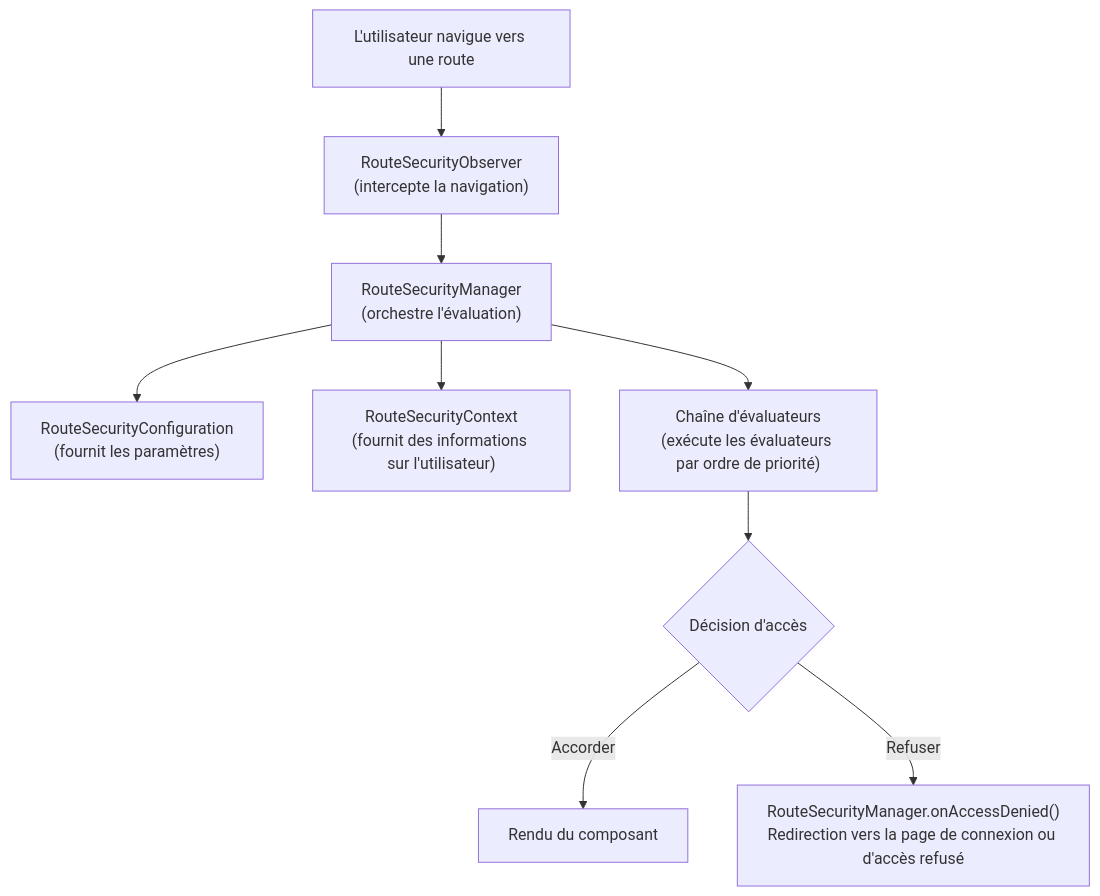
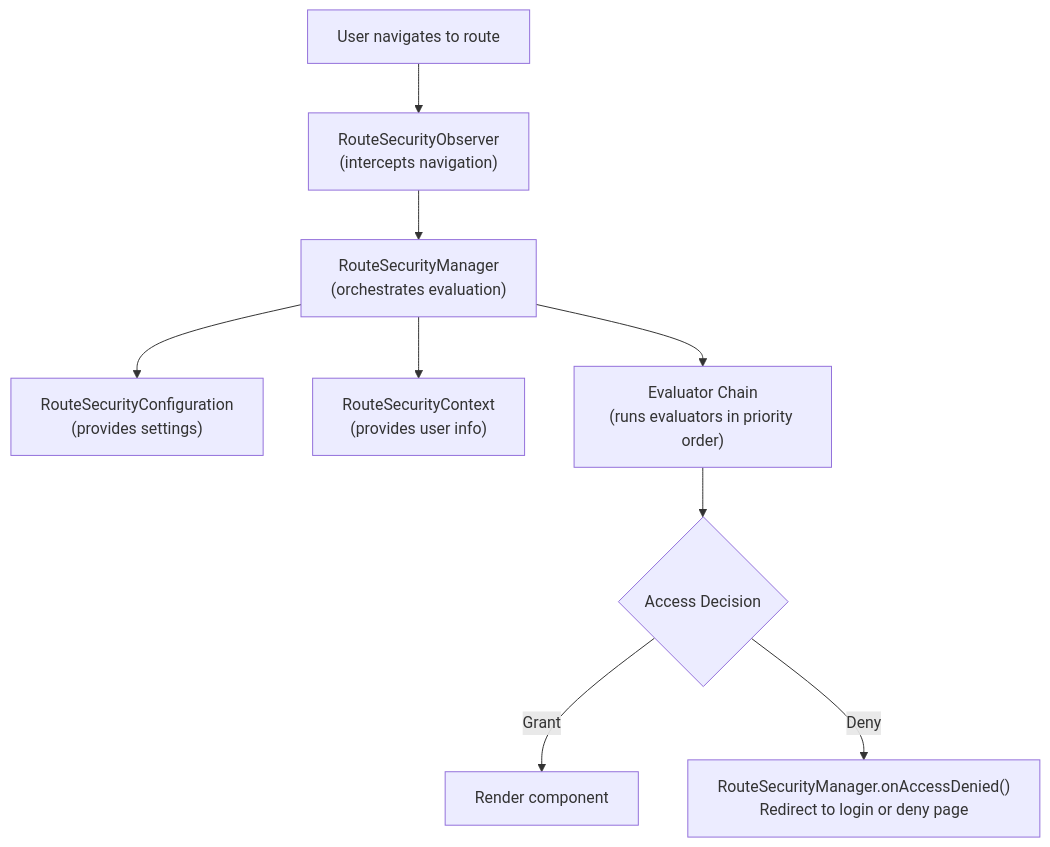
Before and after one commit to webforj/webforj-documentation: the diagram in docs/i18n/fr/docusaurus-plugin-content-docs/current/security/architecture/foundational-architecture.md, drawn with Mermaid. The commit also changed other lines of this file and 389 other files, not shown here.

````diff
--- a/docs/i18n/fr/docusaurus-plugin-content-docs/current/security/architecture/foundational-architecture.md
+++ b/docs/i18n/fr/docusaurus-plugin-content-docs/current/security/architecture/foundational-architecture.md
@@ -113,13 +113,13 @@
 ```mermaid
 flowchart TB
-    User["L'utilisateur navigue vers une route"] --> Observer["RouteSecurityObserver<br/>(intercepte la navigation)"]
-    Observer --> Manager["RouteSecurityManager<br/>(orchestre l'évaluation)"]
+  User["User navigates to route"] --> Observer["RouteSecurityObserver<br/>(intercepts navigation)"]
+  Observer --> Manager["RouteSecurityManager<br/>(orchestrates evaluation)"]
 
-    Manager --> Config["RouteSecurityConfiguration<br/>(fournit les paramètres)"]
-    Manager --> Context["RouteSecurityContext<br/>(fournit des informations sur l'utilisateur)"]
-    Manager --> Chain["Chaîne d'évaluateurs<br/>(exécute les évaluateurs par ordre de priorité)"]
+  Manager --> Config["RouteSecurityConfiguration<br/>(provides settings)"]
+  Manager --> Context["RouteSecurityContext<br/>(provides user info)"]
+  Manager --> Chain["Evaluator Chain<br/>(runs evaluators in priority order)"]
 
-    Chain --> Decision{"Décision d'accès"}
-    Decision -->|"Accorder"| Render["Rendu du composant"]
-    Decision -->|"Refuser"| Redirect["RouteSecurityManager.onAccessDenied()<br/>Redirection vers la page de connexion ou d'accès refusé"]
+  Chain --> Decision{"Access Decision"}
+  Decision -->|"Grant"| Render["Render component"]
+  Decision -->|"Deny"| Redirect["RouteSecurityManager.onAccessDenied()<br/>Redirect to login or deny page"]
 ```
````
